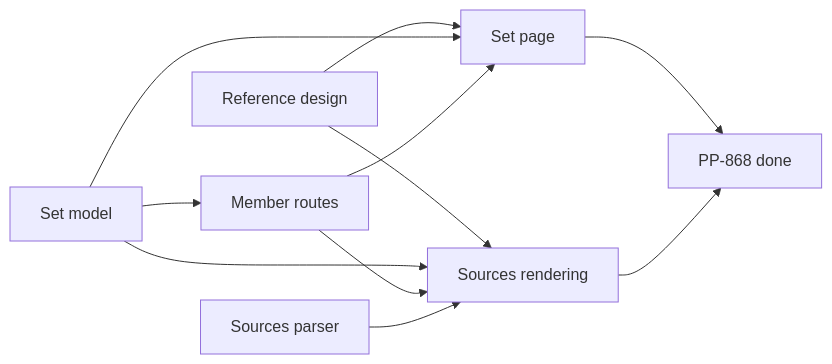
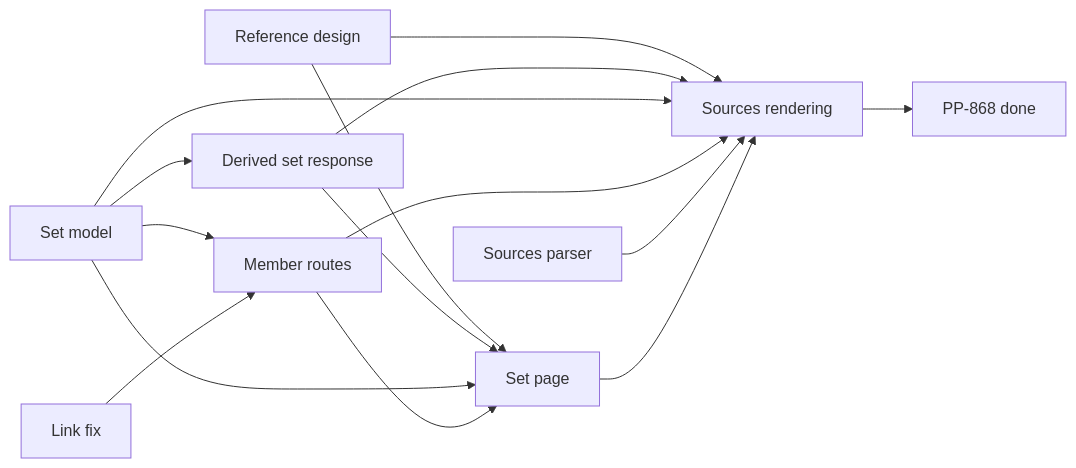
The diagram in meta/work/PP-868-topic-research-set-detail-page.md (atomicinnovation/accelerator), drawn with Mermaid before and after one commit. The commit also changed other lines of this file and 8 other files, not shown here.

First line of the commit message:
Revise PP-868's children after their reviews and split out the derived set response

````diff
--- a/meta/work/PP-868-topic-research-set-detail-page.md
+++ b/meta/work/PP-868-topic-research-set-detail-page.md
@@ -81,13 +84,17 @@
 ```mermaid
 flowchart LR
   design[Reference design] --> page[Set page]
   design --> rendering[Sources rendering]
   model[Set model] --> routes[Member routes]
+  model --> derived[Derived set response]
+  derived --> page
+  derived --> rendering
+  fix[Link fix] --> routes
   model --> page
   model --> rendering
   routes --> page
   routes --> rendering
   parser[Sources parser] --> rendering
-  page --> done[PP-868 done]
-  rendering --> done
+  page --> rendering
+  rendering --> done[PP-868 done]
 ```
````
